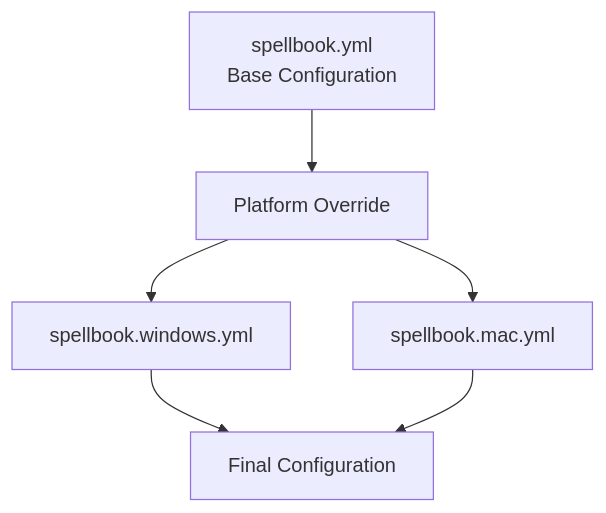
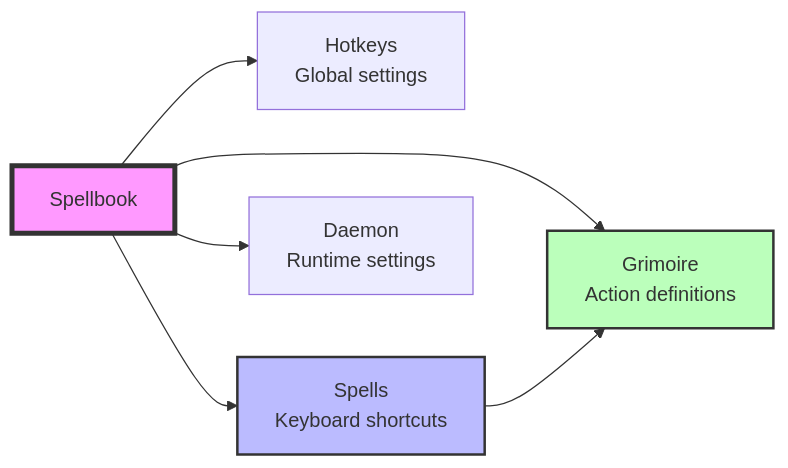
Before and after one commit to SphereStacking/SilentCast: the diagram in docs/guide/configuration.md, drawn with Mermaid. The commit also changed other lines of this file and 7 other files, not shown here.

````diff
--- a/docs/guide/configuration.md
+++ b/docs/guide/configuration.md
@@ -9,8 +76,13 @@
 ```mermaid
-graph TD
-    A[spellbook.yml<br/>Base Configuration] --> B[Platform Override]
-    B --> C[spellbook.windows.yml]
-    B --> D[spellbook.mac.yml]
-    C --> F[Final Configuration]
-    D --> F
+graph LR
+    A[Spellbook] --> B[Hotkeys<br/>Global settings]
+    A --> C[Spells<br/>Keyboard shortcuts]
+    A --> D[Grimoire<br/>Action definitions]
+    A --> E[Daemon<br/>Runtime settings]
+    
+    C --> D
+    
+    style A fill:#f9f,stroke:#333,stroke-width:4px
+    style C fill:#bbf,stroke:#333,stroke-width:2px
+    style D fill:#bfb,stroke:#333,stroke-width:2px
 ```
````
